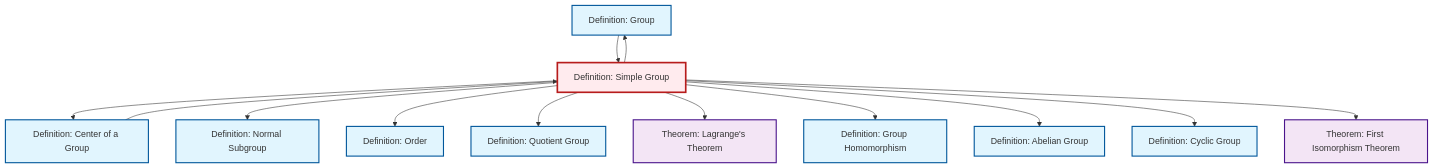
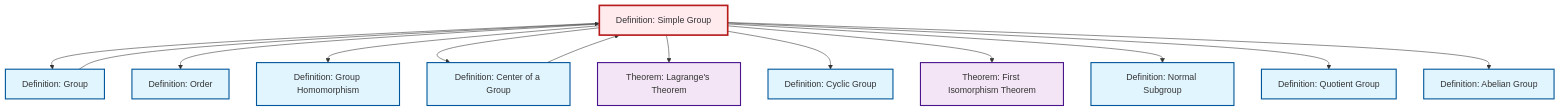
One commit to RK0429/ModernMath changed the diagram in content/ja/algebra/def-simple-group.qmd. Above: the diagram before and after it, drawn with Mermaid. The commit also changed other lines of this file and 654 other files, not shown here.

````diff
--- a/content/ja/algebra/def-simple-group.qmd
+++ b/content/ja/algebra/def-simple-group.qmd
@@ -96,43 +96,43 @@
 ```{mermaid}
 %%| fig-cap: "Local dependency graph"
 graph TD
     classDef definition fill:#e1f5fe,stroke:#01579b,stroke-width:2px
     classDef theorem fill:#f3e5f5,stroke:#4a148c,stroke-width:2px
     classDef axiom fill:#fff3e0,stroke:#e65100,stroke-width:2px
     classDef example fill:#e8f5e9,stroke:#1b5e20,stroke-width:2px
     classDef current fill:#ffebee,stroke:#b71c1c,stroke-width:3px
+    def-simple-group["Definition: Simple Group"]:::definition
+    def-cyclic-group["Definition: Cyclic Group"]:::definition
+    def-center-of-group["Definition: Center of a Group"]:::definition
     def-group["Definition: Group"]:::definition
+    thm-first-isomorphism["Theorem: First Isomorphism Theorem"]:::theorem
+    def-order["Definition: Order"]:::definition
+    def-quotient-group["Definition: Quotient Group"]:::definition
+    thm-lagrange["Theorem: Lagrange's Theorem"]:::theorem
+    def-homomorphism["Definition: Group Homomorphism"]:::definition
+    def-normal-subgroup["Definition: Normal Subgroup"]:::definition
     def-abelian-group["Definition: Abelian Group"]:::definition
-    thm-lagrange["Theorem: Lagrange's Theorem"]:::theorem
-    def-simple-group["Definition: Simple Group"]:::definition
-    def-center-of-group["Definition: Center of a Group"]:::definition
-    def-quotient-group["Definition: Quotient Group"]:::definition
-    def-cyclic-group["Definition: Cyclic Group"]:::definition
-    def-normal-subgroup["Definition: Normal Subgroup"]:::definition
-    def-order["Definition: Order"]:::definition
-    def-homomorphism["Definition: Group Homomorphism"]:::definition
-    thm-first-isomorphism["Theorem: First Isomorphism Theorem"]:::theorem
+    def-simple-group --> def-group
+    def-simple-group --> def-order
+    def-simple-group --> def-homomorphism
+    def-center-of-group --> def-simple-group
     def-simple-group --> def-center-of-group
-    def-simple-group --> def-normal-subgroup
-    def-simple-group --> def-order
-    def-simple-group --> def-quotient-group
     def-simple-group --> thm-lagrange
-    def-simple-group --> def-homomorphism
-    def-simple-group --> def-group
-    def-simple-group --> def-abelian-group
     def-simple-group --> def-cyclic-group
-    def-center-of-group --> def-simple-group
     def-group --> def-simple-group
     def-simple-group --> thm-first-isomorphism
+    def-simple-group --> def-normal-subgroup
+    def-simple-group --> def-quotient-group
+    def-simple-group --> def-abelian-group
     class def-simple-group current
+    click def-cyclic-group "def-cyclic-group.html" "Definition: Cyclic Groupへ"
+    click def-center-of-group "def-center-of-group.html" "Definition: Center of a Groupへ"
     click def-group "def-group.html" "Definition: Groupへ"
+    click thm-first-isomorphism "thm-first-isomorphism.html" "Theorem: First Isomorphism Theoremへ"
+    click def-order "def-order.html" "Definition: Orderへ"
+    click def-quotient-group "def-quotient-group.html" "Definition: Quotient Groupへ"
+    click thm-lagrange "thm-lagrange.html" "Theorem: Lagrange's Theoremへ"
+    click def-homomorphism "def-homomorphism.html" "Definition: Group Homomorphismへ"
+    click def-normal-subgroup "def-normal-subgroup.html" "Definition: Normal Subgroupへ"
     click def-abelian-group "def-abelian-group.html" "Definition: Abelian Groupへ"
-    click thm-lagrange "thm-lagrange.html" "Theorem: Lagrange's Theoremへ"
-    click def-center-of-group "def-center-of-group.html" "Definition: Center of a Groupへ"
-    click def-quotient-group "def-quotient-group.html" "Definition: Quotient Groupへ"
-    click def-cyclic-group "def-cyclic-group.html" "Definition: Cyclic Groupへ"
-    click def-normal-subgroup "def-normal-subgroup.html" "Definition: Normal Subgroupへ"
-    click def-order "def-order.html" "Definition: Orderへ"
-    click def-homomorphism "def-homomorphism.html" "Definition: Group Homomorphismへ"
-    click thm-first-isomorphism "thm-first-isomorphism.html" "Theorem: First Isomorphism Theoremへ"
 ```
````
